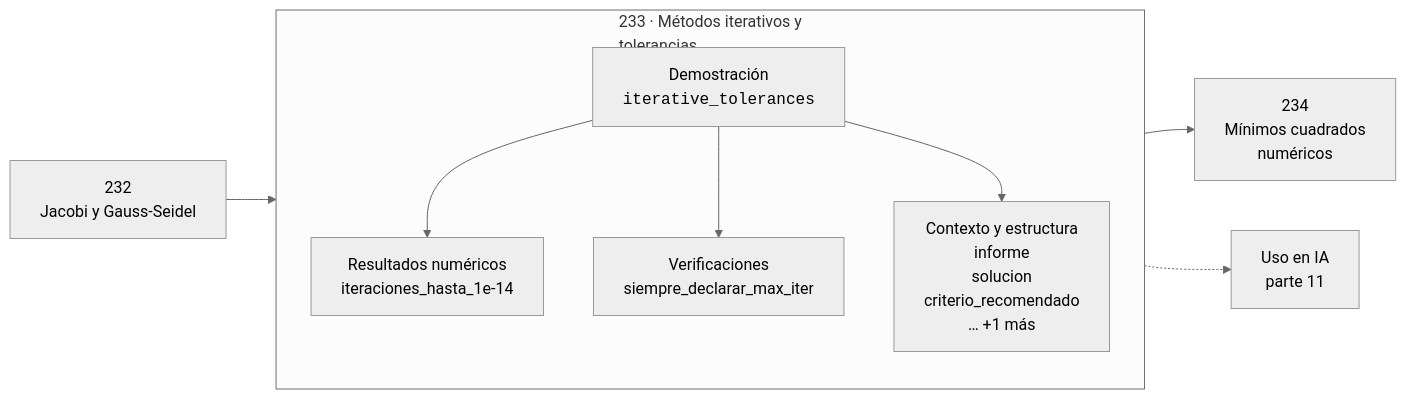
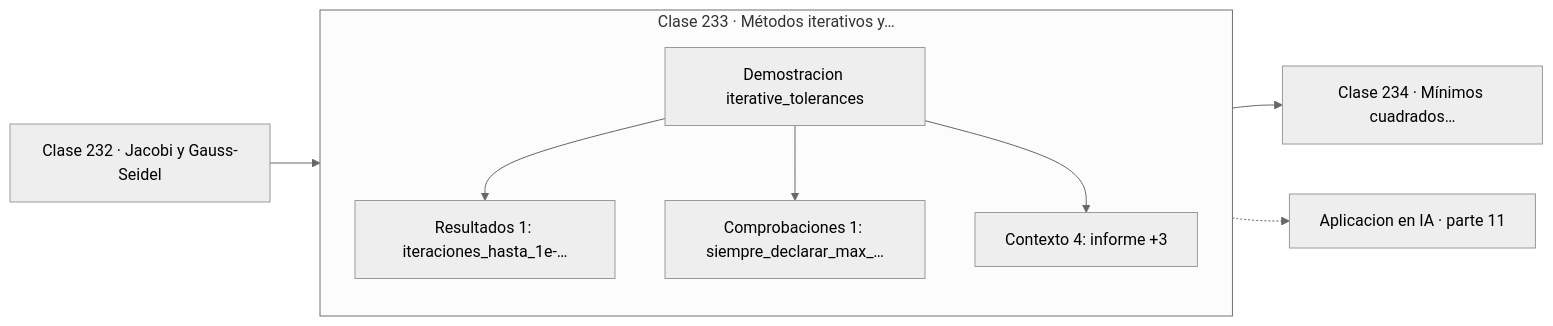
One commit to vladimiracunadev-create/computational-mathematics-program changed the diagram in classes/part-11-metodos-numericos-y-computacion-cientifica/233-metodos-iterativos-y-tolerancias/README.md. Above: the diagram before and after it, drawn with Mermaid (neutral theme). The commit also changed 389 other files, not shown here.

First line of the commit message:
fix(diagramas): elimina el HTML de las etiquetas Mermaid

````diff
--- a/classes/part-11-metodos-numericos-y-computacion-cientifica/233-metodos-iterativos-y-tolerancias/README.md
+++ b/classes/part-11-metodos-numericos-y-computacion-cientifica/233-metodos-iterativos-y-tolerancias/README.md
@@ -30,12 +30,13 @@
 ```mermaid
 flowchart LR
-    P["232<br/>Jacobi y Gauss-Seidel"] --> C
-    subgraph C["233 · Métodos iterativos y<br/>tolerancias"]
+    P["Clase 232 · Jacobi y Gauss-Seidel"] --> D
+    subgraph CLASE["Clase 233 · Métodos iterativos y…"]
         direction TB
-        D["Demostración<br/><code>iterative_tolerances</code>"] --> R["Resultados numéricos<br/>iteraciones_hasta_1e-14"]
-        D --> V["Verificaciones<br/>siempre_declarar_max_iter"]
-        D --> O["Contexto y estructura<br/>informe<br/>solucion<br/>criterio_recomendado<br/>… +1 más"]
+        D["Demostracion iterative_tolerances"]
+        D --> R["Resultados 1: iteraciones_hasta_1e-…"]
+        D --> V["Comprobaciones 1: siempre_declarar_max_…"]
+        D --> O["Contexto 4: informe +3"]
     end
-    C --> N["234<br/>Mínimos cuadrados<br/>numéricos"]
-    C -.-> IA["Uso en IA<br/>parte 11"]
+    R --> N["Clase 234 · Mínimos cuadrados…"]
+    V -.-> IA["Aplicacion en IA · parte 11"]
 ```
````
